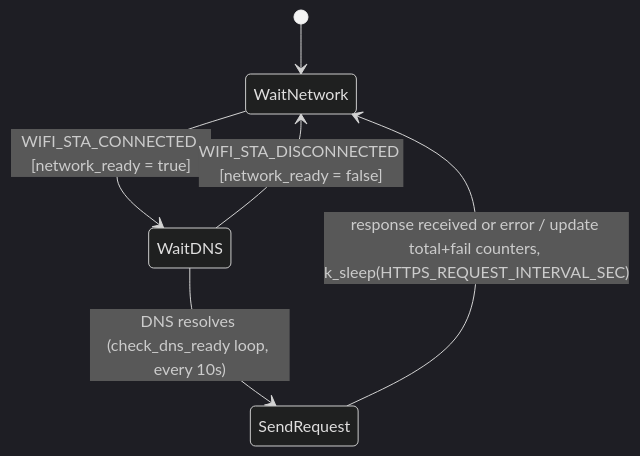
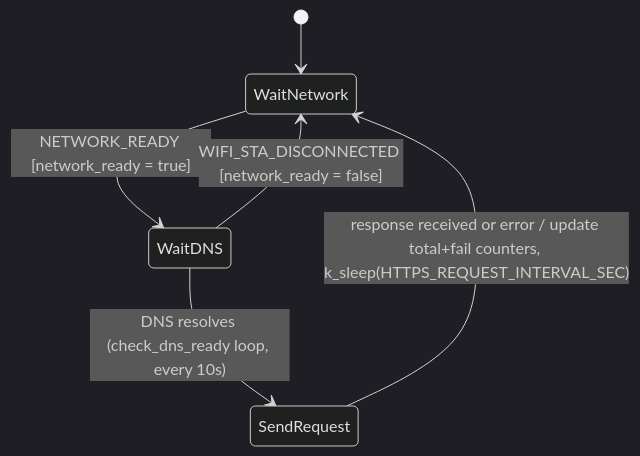
Before and after one commit to chshzh/nordic-wifi-memfault: the diagram in docs/dev-specs/app-https-client-module.md, drawn with Mermaid (dark theme). The commit also changed other lines of this file and 17 other files, not shown here.

First line of the commit message:
refactor(network): split L2 wifi events from IP-layer network-ready channel

````diff
--- a/docs/dev-specs/app-https-client-module.md
+++ b/docs/dev-specs/app-https-client-module.md
@@ -94,8 +95,8 @@
 ```mermaid
 stateDiagram-v2
     [*] --> WaitNetwork
-    WaitNetwork --> WaitDNS: WIFI_STA_CONNECTED [network_ready = true]
+    WaitNetwork --> WaitDNS: NETWORK_READY [network_ready = true]
     WaitDNS --> SendRequest: DNS resolves (check_dns_ready loop, every 10s)
     SendRequest --> WaitNetwork: response received or error / update total+fail counters, k_sleep(HTTPS_REQUEST_INTERVAL_SEC)
     WaitDNS --> WaitNetwork: WIFI_STA_DISCONNECTED [network_ready = false]
 ```
````
